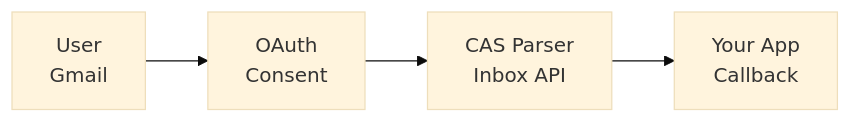
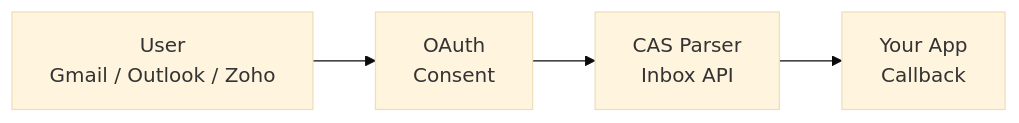
One commit to CASParser/agent-toolkit changed the diagram in docs/guides/gmail-inbox.mdx. Above: the diagram before and after it, drawn with Mermaid (base theme). The commit also changed other lines of this file and 23 other files, not shown here.

First line of the commit message:
docs: multi-provider email import (Outlook, Zoho) + CAS Generator cams beta

````diff
--- a/docs/guides/gmail-inbox.mdx
+++ b/docs/guides/gmail-inbox.mdx
@@ -10,6 +10,6 @@
 ```mermaid
 flowchart LR
-    A[User<br/>Gmail] --> B[OAuth<br/>Consent]
+    A[User<br/>Gmail / Outlook / Zoho] --> B[OAuth<br/>Consent]
     B --> C[CAS Parser<br/>Inbox API]
     C --> D[Your App<br/>Callback]
 ```
````
